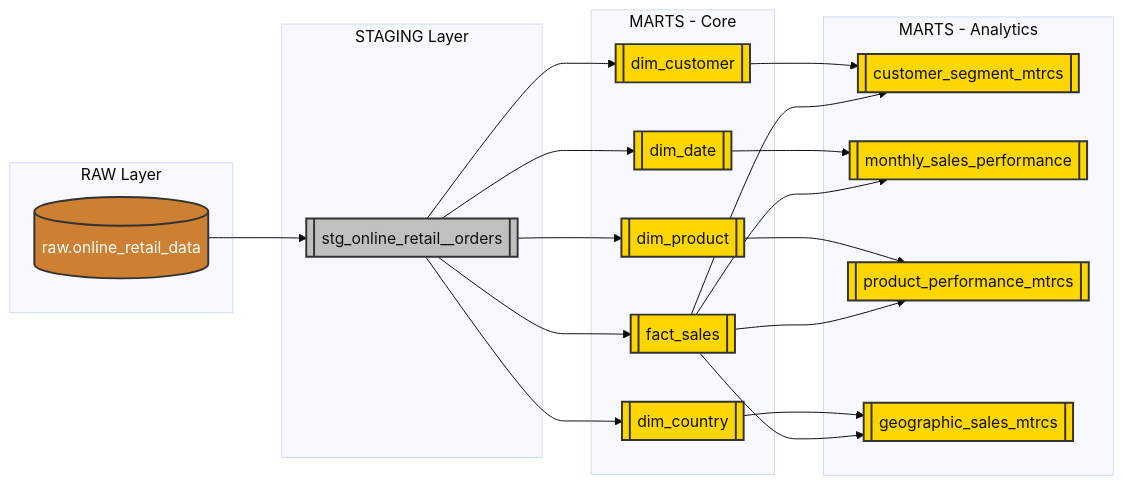
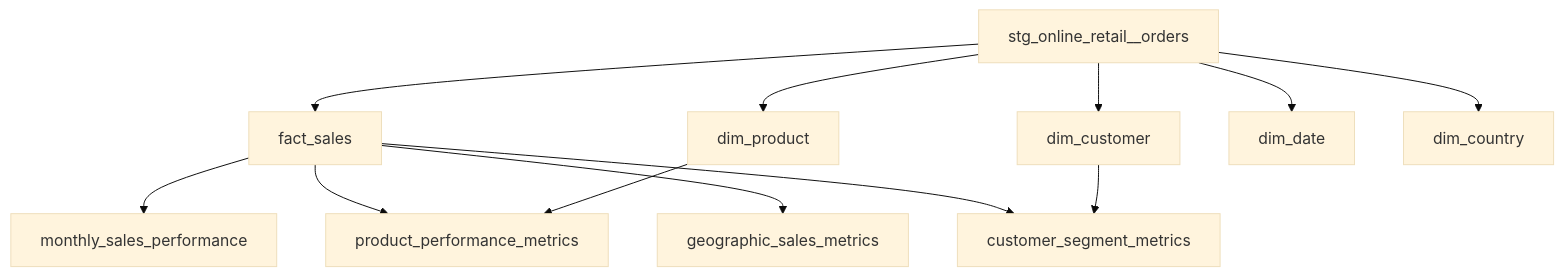
One commit to Trieu212203/Ecommerce-Customer-Analytics-dbt changed the diagram in README.md. Above: the diagram before and after it, drawn with Mermaid (base theme). The commit also changed other lines of this file, not shown here.

````diff
--- a/README.md
+++ b/README.md
@@ -81,69 +143,15 @@
 ```mermaid
-graph LR
-    %% ======================
-    %% Bronze Layer
-    %% ======================
-    subgraph Bronze [RAW Layer]
-        A[(raw.online_retail_data)]
-    end
+graph TD
+    A[stg_online_retail__orders] --> B[fact_sales]
+    A --> C[dim_customer]
+    A --> D[dim_product]
+    A --> E[dim_date]
+    A --> F[dim_country]
 
-    %% ======================
-    %% Silver Layer
-    %% ======================
-    subgraph Silver [STAGING Layer]
-        B[[stg_online_retail__orders]]
-        A --> B
-    end
-
-    %% ======================
-    %% Gold - Core
-    %% ======================
-    subgraph Gold_Core [MARTS - Core]
-        C[[dim_customer]]
-        D[[dim_date]]
-        E[[dim_product]]
-        F[[dim_country]]
-        G[[fact_sales]]
-
-        B --> C
-        B --> D
-        B --> E
-        B --> F
-        B --> G
-    end
-
-    %% ======================
-    %% Gold - Analytics
-    %% ======================
-    subgraph Gold_Analytics [MARTS - Analytics]
-        H[[customer_segment_mtrcs ]]
-        I[[monthly_sales_performance ]]
-        J[[product_performance_mtrcs]]
-        K[[geographic_sales_mtrcs ]]
-
-        %% dependencies
-        C --> H
-        G --> H
-
-        D --> I
-        G --> I
-
-        E --> J
-        G --> J
-
-        F --> K
-        G --> K
-    end
-
-    %% ======================
-    %% Styling
-    %% ======================
-    classDef raw fill:#cd7f32,stroke:#333,stroke-width:2px,color:#fff;
-    classDef stg fill:#c0c0c0,stroke:#333,stroke-width:2px,color:#111;
-    classDef mart fill:#ffd700,stroke:#333,stroke-width:2px,color:#111;
-
-    class A raw;
-    class B stg;
-    class C,D,E,F,G mart;
-    class H,I,J,K mart;
+    B --> G[monthly_sales_performance]
+    B --> H[product_performance_metrics]
+    B --> I[geographic_sales_metrics]
+    B --> J[customer_segment_metrics]
+    C --> J
+    D --> H
 ```
````
